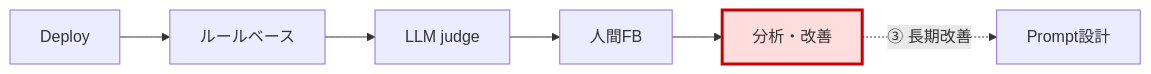
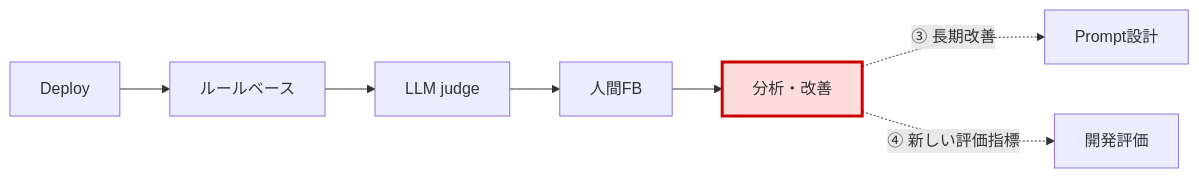
Before and after one commit to rkawajiri/tech-slides: the diagram in 2026-03-19/diagrams/feedback-prod.mmd, drawn with Mermaid. The commit also changed 7 other files, not shown here.

```diff
--- a/2026-03-19/diagrams/feedback-prod.mmd
+++ b/2026-03-19/diagrams/feedback-prod.mmd
@@ -1,6 +1,7 @@
 graph LR
   D[Deploy] --> M1[ルールベース] --> M2[LLM judge] --> M3[人間FB] --> A[分析・改善]
 
   A -.->|"③ 長期改善"| P[Prompt設計]
+  A -.->|"④ 新しい評価指標"| E[開発評価]
 
   style A fill:#fdd,stroke:#c00,stroke-width:3px
```
